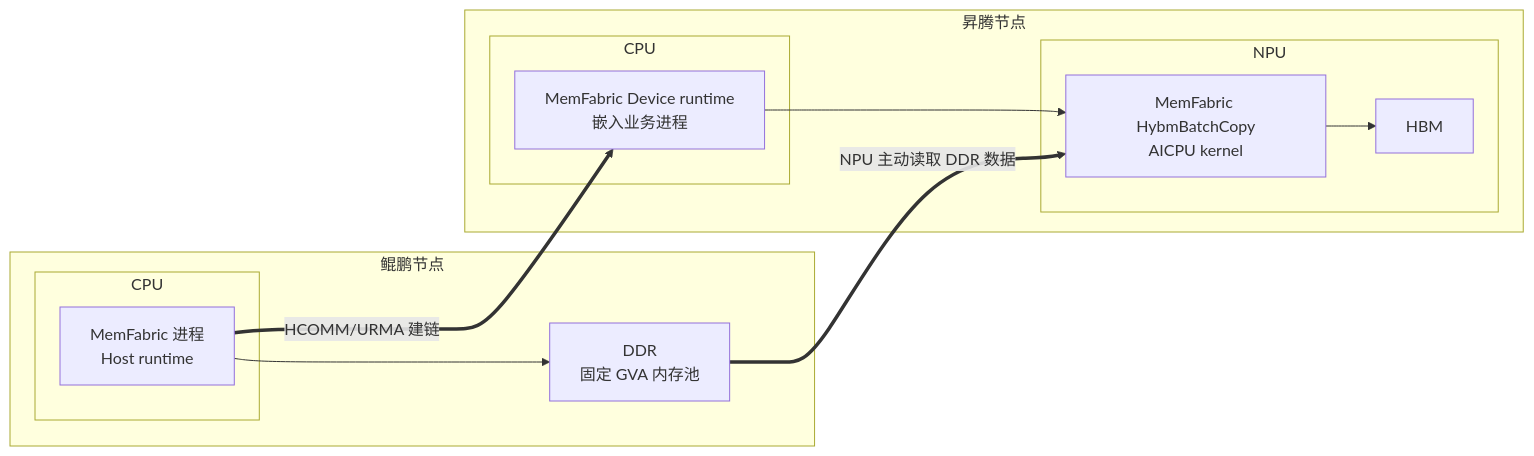
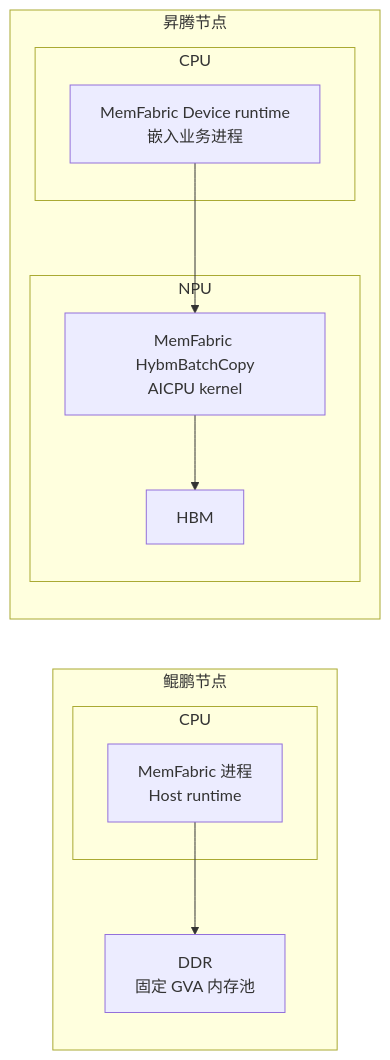
One commit to NoCoder0/memfabric_hybrid changed the second of 4 diagrams in doc/batch_copy_aicpu_urma_design.md. Above: the diagram before and after it, drawn with Mermaid. The commit also changed other lines of this file, not shown here.

````diff
--- a/doc/batch_copy_aicpu_urma_design.md
+++ b/doc/batch_copy_aicpu_urma_design.md
@@ -118,25 +117,22 @@
 ```mermaid
 flowchart LR
     subgraph K["鲲鹏节点"]
         subgraph KC["CPU"]
             KMF["MemFabric 进程<br/>Host runtime"]
         end
         KDDR["DDR<br/>固定 GVA 内存池"]
         KMF --> KDDR
     end
 
     subgraph A["昇腾节点"]
         subgraph AC["CPU"]
             AMF["MemFabric Device runtime<br/>嵌入业务进程"]
         end
         subgraph AN["NPU"]
             OP["MemFabric HybmBatchCopy<br/>AICPU kernel"]
             HBM["HBM"]
             OP --> HBM
         end
         AMF --> OP
     end
-
-    KMF ==>|"HCOMM/URMA 建链"| AMF
-    KDDR ==>|"NPU 主动读取 DDR 数据"| OP
 ```
````
